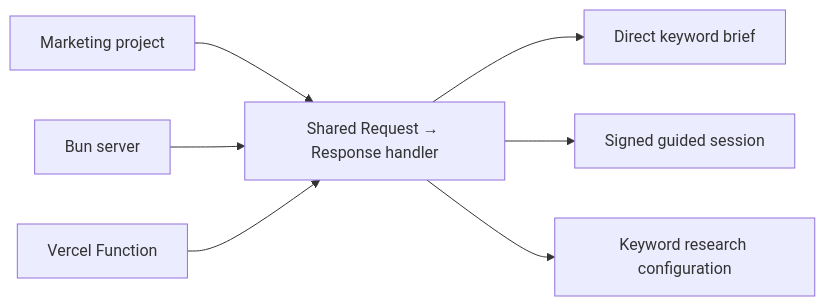
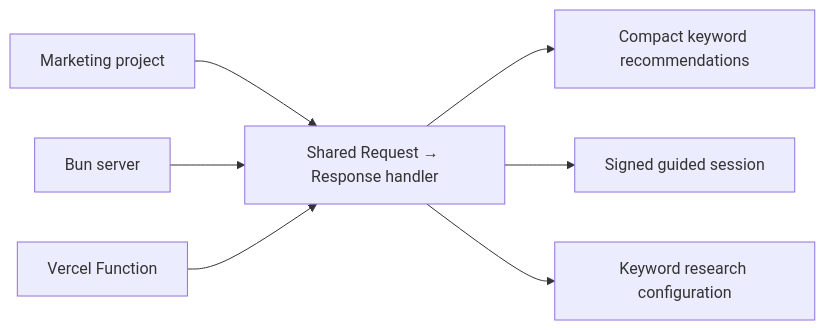
The diagram in README.md (promotemyapp/keywords), drawn with Mermaid before and after one commit. The commit also changed other lines of this file and 4 other files, not shown here.

Commit message:
Return compact keyword recommendations

````diff
--- a/README.md
+++ b/README.md
@@ -98,9 +94,9 @@
 ```mermaid
 flowchart LR
   Client[Marketing project] --> Handler[Shared Request → Response handler]
-  Handler --> Direct[Direct keyword brief]
+  Handler --> Direct[Compact keyword recommendations]
   Handler --> Guided[Signed guided session]
   Handler --> Config[Keyword research configuration]
   Local[Bun server] --> Handler
   Vercel[Vercel Function] --> Handler
 ```
````
